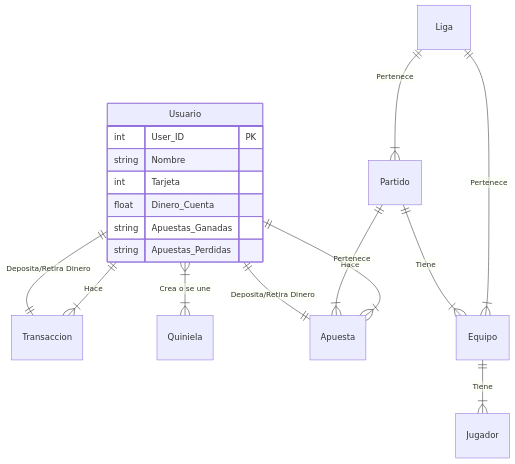
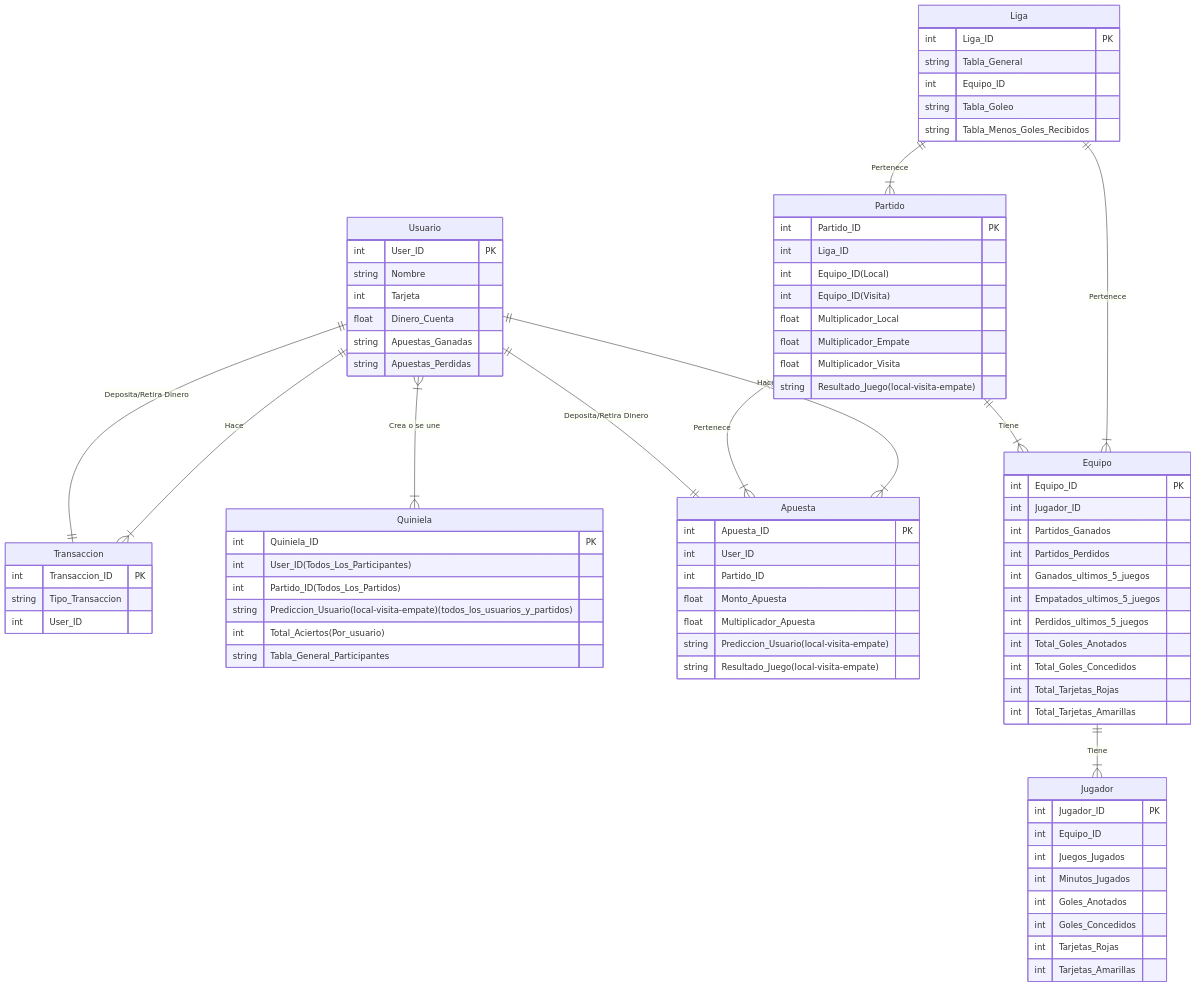
One commit to Peque-73/BD-Relacional---Clase-1 changed the diagram in Tareas/Tarea_2.md. Above: the diagram before and after it, drawn with Mermaid.

Commit message:
ER TEST CODE #11

````diff
--- a/Tareas/Tarea_2.md
+++ b/Tareas/Tarea_2.md
@@ -19,4 +19,72 @@
         string Apuestas_Ganadas
         string Apuestas_Perdidas
     }
+Transaccion {
+        int Transaccion_ID PK
+        string Tipo_Transaccion
+        int User_ID
+    }
+
+    Apuesta {
+            int Apuesta_ID PK
+            int User_ID
+            int Partido_ID
+            float Monto_Apuesta
+            float Multiplicador_Apuesta
+            string Prediccion_Usuario(local-visita-empate)
+            string Resultado_Juego(local-visita-empate)
+    }
+
+    Equipo {
+        int Equipo_ID PK
+        int Jugador_ID
+        int Partidos_Ganados
+        int Partidos_Perdidos
+        int Ganados_ultimos_5_juegos
+        int Empatados_ultimos_5_juegos
+        int Perdidos_ultimos_5_juegos
+        int Total_Goles_Anotados
+        int Total_Goles_Concedidos
+        int Total_Tarjetas_Rojas
+        int Total_Tarjetas_Amarillas
+    }
+
+    Liga {
+        int Liga_ID PK
+        string Tabla_General
+        int Equipo_ID
+        string Tabla_Goleo
+        string Tabla_Menos_Goles_Recibidos
+    }
+
+    Jugador {
+        int Jugador_ID PK
+        int Equipo_ID
+        int Juegos_Jugados
+        int Minutos_Jugados
+        int Goles_Anotados
+        int Goles_Concedidos
+        int Tarjetas_Rojas
+        int Tarjetas_Amarillas
+    }
+
+    Partido {
+        int Partido_ID PK
+        int Liga_ID
+        int Equipo_ID(Local)
+        int Equipo_ID(Visita)
+        float Multiplicador_Local
+        float Multiplicador_Empate
+        float Multiplicador_Visita
+        string Resultado_Juego(local-visita-empate)
+    }
+
+    Quiniela {
+        int Quiniela_ID PK
+        int User_ID(Todos_Los_Participantes)
+        int Partido_ID(Todos_Los_Partidos)
+        string Prediccion_Usuario(local-visita-empate)(todos_los_usuarios_y_partidos)
+        int Total_Aciertos(Por_usuario)
+        string Tabla_General_Participantes
+    }
 ```
````
